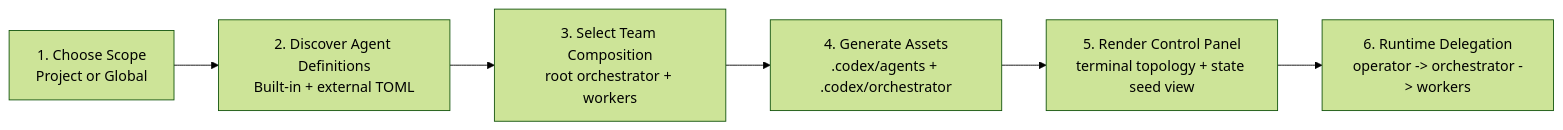
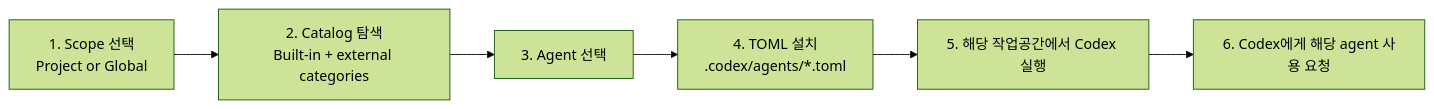
The first of 2 diagrams in docs/UNDERSTANDING_AND_WORKFLOW.ko.md (17-sss/codex-subagent-kit), drawn with Mermaid (forest theme) before and after one commit. The commit also changed other lines of this file and 10 other files, not shown here.

Commit message:
docs: refocus product scope around codex installer

````diff
--- a/docs/UNDERSTANDING_AND_WORKFLOW.ko.md
+++ b/docs/UNDERSTANDING_AND_WORKFLOW.ko.md
@@ -74,11 +51,11 @@
 ```mermaid
 flowchart LR
-    A[1. Choose Scope<br/>Project or Global]
-    B[2. Discover Agent Definitions<br/>Built-in + external TOML]
-    C[3. Select Team Composition<br/>root orchestrator + workers]
-    D[4. Generate Assets<br/>.codex/agents + .codex/orchestrator]
-    E[5. Render Control Panel<br/>terminal topology + state seed view]
-    F[6. Runtime Delegation<br/>operator -> orchestrator -> workers]
+    A["1. Scope 선택<br/>Project or Global"]
+    B["2. Catalog 탐색<br/>Built-in + external categories"]
+    C["3. Agent 선택"]
+    D["4. TOML 설치<br/>.codex/agents/*.toml"]
+    E["5. 해당 작업공간에서 Codex 실행"]
+    F["6. Codex에게 해당 agent 사용 요청"]
 
     A --> B --> C --> D --> E --> F
 ```
````
